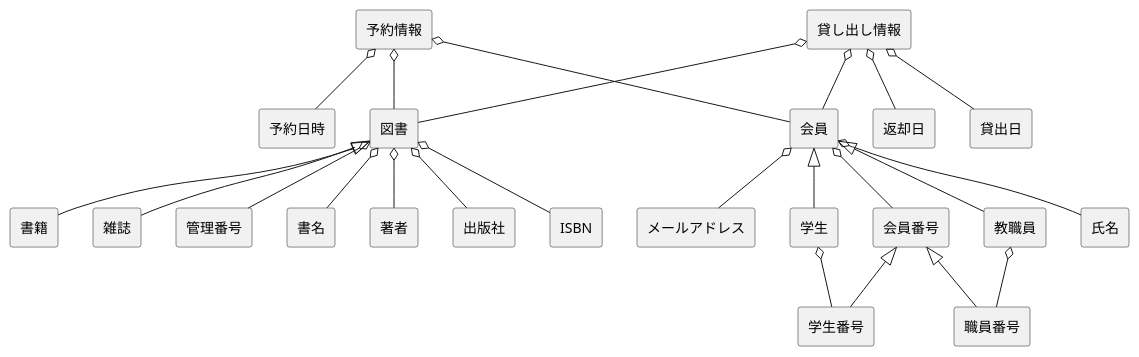
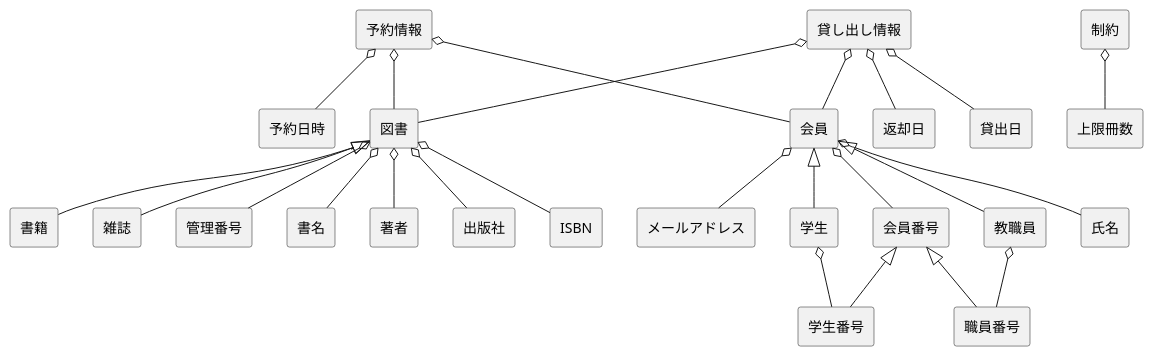
One commit to FujikawaHirono0520/group3_1_dogdog changed the diagram in kouka2/domain.pu. Above: the diagram before and after it, drawn with PlantUML.

Commit message:
【追記】制約

```diff
--- a/kouka2/domain.pu
+++ b/kouka2/domain.pu
@@ -1,33 +1,35 @@
 @startuml 大原情報科学大学・図書館システムドメインモデル図
 skinparam componentStyle rectangle
 
 [予約情報] o-- [会員]
 [予約情報] o-- [図書]
 [予約情報] o-- [予約日時]
 
 [貸し出し情報] o-- [会員]
 [貸し出し情報] o-- [図書]
 [貸し出し情報] o-- [貸出日]
 [貸し出し情報] o-- [返却日]
 
 [会員] o-- [会員番号]
 [会員] o-- [氏名]
 [会員] o-- [メールアドレス]
 [会員] <|-- [学生]
 [会員] <|-- [教職員]
 
 [学生] o-- [学生番号]
 [教職員] o-- [職員番号]
 
 [会員番号] <|-- [学生番号]
 [会員番号] <|-- [職員番号]
 
 [図書] o-- [管理番号]
 [図書] o-- [書名]
 [図書] o-- [著者]
 [図書] o-- [出版社]
 [図書] o-- [ISBN]
 [図書] <|-- [書籍]
 [図書] <|-- [雑誌]
 
+[制約] o-- [上限冊数]
+
 @enduml
```
